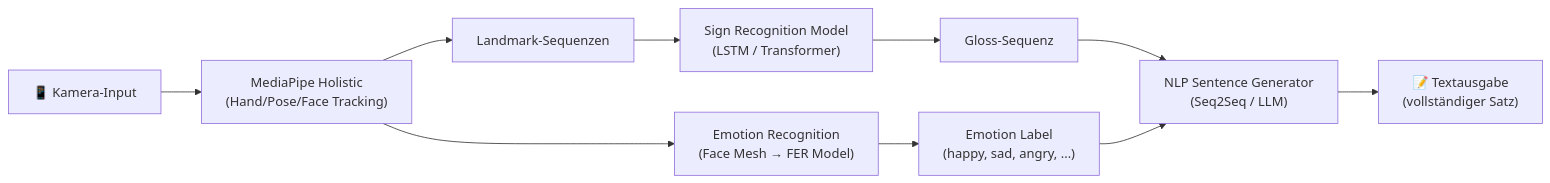
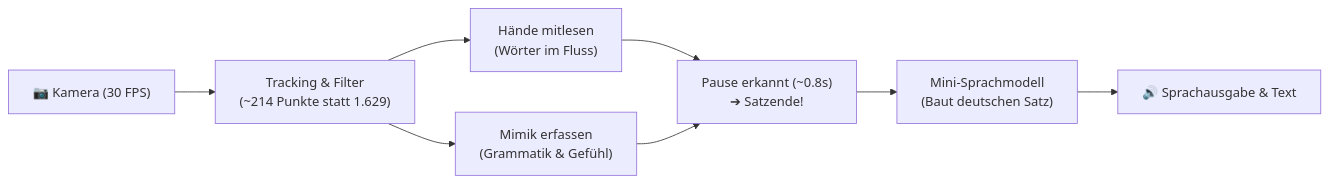
One commit to adirnberger-htl/singy changed the diagram in PROJECT_PROPOSAL.md. Above: the diagram before and after it, drawn with Mermaid. The commit also changed other lines of this file and 1 other file, not shown here.

````diff
--- a/PROJECT_PROPOSAL.md
+++ b/PROJECT_PROPOSAL.md
@@ -38,12 +34,9 @@
 ```mermaid
 flowchart LR
-    A["📱 Kamera-Input"] --> B["MediaPipe Holistic\n(Hand/Pose/Face Tracking)"]
-    B --> C["Landmark-Sequenzen"]
-    C --> D["Sign Recognition Model\n(LSTM / Transformer)"]
-    D --> E["Gloss-Sequenz"]
-    E --> F["NLP Sentence Generator\n(Seq2Seq / LLM)"]
-    B --> G["Emotion Recognition\n(Face Mesh → FER Model)"]
-    G --> H["Emotion Label\n(happy, sad, angry, ...)"]
-    H --> F
-    F --> I["📝 Textausgabe\n(vollständiger Satz)"]
+    A["📷 Kamera (30 FPS)"] --> B["Tracking & Filter\n(~214 Punkte statt 1.629)"]
+    B --> C["Hände mitlesen\n(Wörter im Fluss)"]
+    B --> D["Mimik erfassen\n(Grammatik & Gefühl)"]
+    C & D --> E["Pause erkannt (~0.8s)\n➔ Satzende!"]
+    E --> F["Mini-Sprachmodell\n(Baut deutschen Satz)"]
+    F --> G["🔊 Sprachausgabe & Text"]
 ```
````
